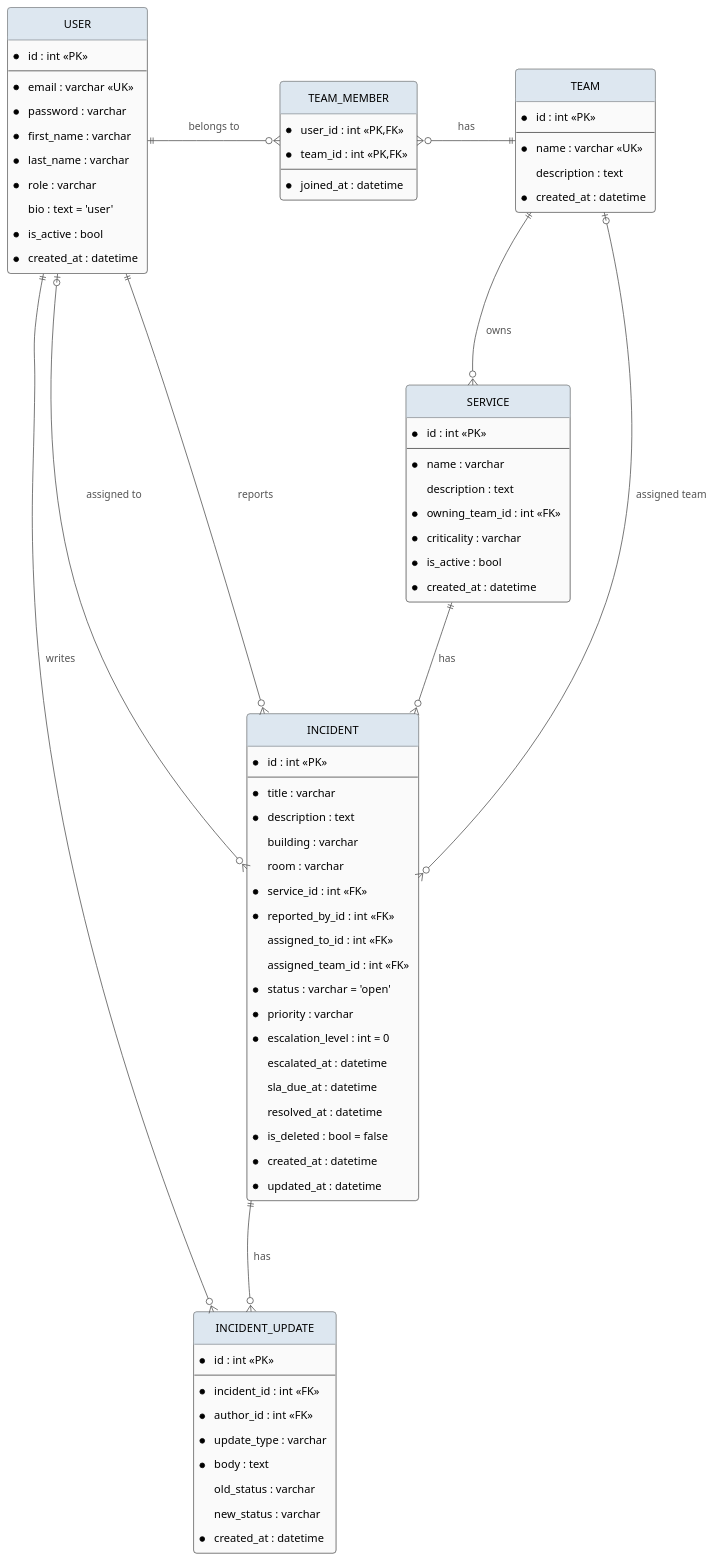
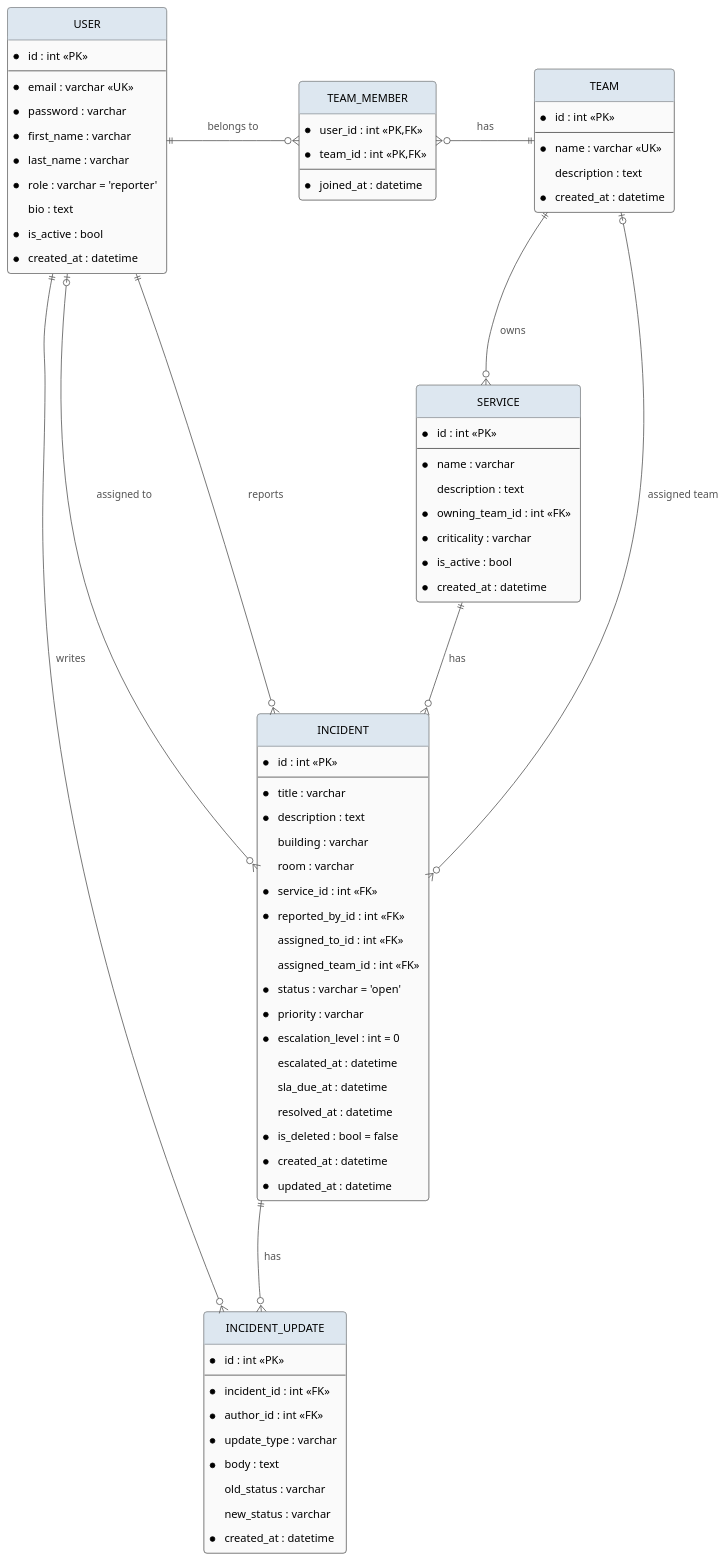
One commit to ZiedRbd/COSC-3339-Fall-2026-Term-Project changed the diagram in docs/er-diagram.puml. Above: the diagram before and after it, drawn with PlantUML. The commit also changed 1 other file, not shown here.

Commit message:
Document solver edit restriction and role-specific profiles; correct USER defaults in ER diagram

```diff
--- a/docs/er-diagram.puml
+++ b/docs/er-diagram.puml
@@ -1,115 +1,115 @@
 @startuml Campus IT Help Desk ER
 hide circle
 skinparam nodesep 90
 skinparam ranksep 110
 skinparam padding 6
 skinparam roundCorner 8
 skinparam shadowing false
 skinparam ArrowColor #555555
 skinparam ArrowFontColor #555555
 skinparam class {
   BackgroundColor #FAFAFA
   BorderColor #444444
   HeaderBackgroundColor #DDE7F0
 }
 
 ' ── People & groups ─────────────────────────────
 
 entity "USER" as user {
   * id : int <<PK>>
   --
   * email : varchar <<UK>>
   * password : varchar
   * first_name : varchar
   * last_name : varchar
-  * role : varchar
-    bio : text = 'user'
+  * role : varchar = 'reporter'
+    bio : text
   * is_active : bool
   * created_at : datetime
 }
 
 entity "TEAM_MEMBER" as tm {
   * user_id : int <<PK,FK>>
   * team_id : int <<PK,FK>>
   --
   * joined_at : datetime
 }
 
 entity "TEAM" as team {
   * id : int <<PK>>
   --
   * name : varchar <<UK>>
     description : text
   * created_at : datetime
 }
 
 ' ── What we support ─────────────────────────────
 
 entity "SERVICE" as service {
   * id : int <<PK>>
   --
   * name : varchar
     description : text
   * owning_team_id : int <<FK>>
   * criticality : varchar
   * is_active : bool
   * created_at : datetime
 }
 
 ' ── Tickets ─────────────────────────────────────
 
 entity "INCIDENT" as incident {
   * id : int <<PK>>
   --
   * title : varchar
   * description : text
     building : varchar
     room : varchar
   * service_id : int <<FK>>
   * reported_by_id : int <<FK>>
     assigned_to_id : int <<FK>>
     assigned_team_id : int <<FK>>
   * status : varchar = 'open'
   * priority : varchar
   * escalation_level : int = 0
     escalated_at : datetime
     sla_due_at : datetime
     resolved_at : datetime
   * is_deleted : bool = false
   * created_at : datetime
   * updated_at : datetime
 }
 
 entity "INCIDENT_UPDATE" as upd {
   * id : int <<PK>>
   --
   * incident_id : int <<FK>>
   * author_id : int <<FK>>
   * update_type : varchar
   * body : text
     old_status : varchar
     new_status : varchar
   * created_at : datetime
 }
 
 ' ── Layout: users/teams on top, tickets below ───
 
 user     -[hidden]right-  tm
 tm       -[hidden]right-  team
 team     -[hidden]down-   service
 service  -[hidden]down-   incident
 incident -[hidden]down-   upd
 
 ' ── Relationships ───────────────────────────────
 
 user     ||--o{ tm       : belongs to
 team     ||--o{ tm       : has
 team     ||--o{ service  : owns
 service  ||--o{ incident : has
 user     ||--o{ incident : reports
 user     |o--o{ incident : assigned to
 team     |o--o{ incident : assigned team
 incident ||--o{ upd      : has
 user     ||--o{ upd      : writes
 
 @enduml
```
